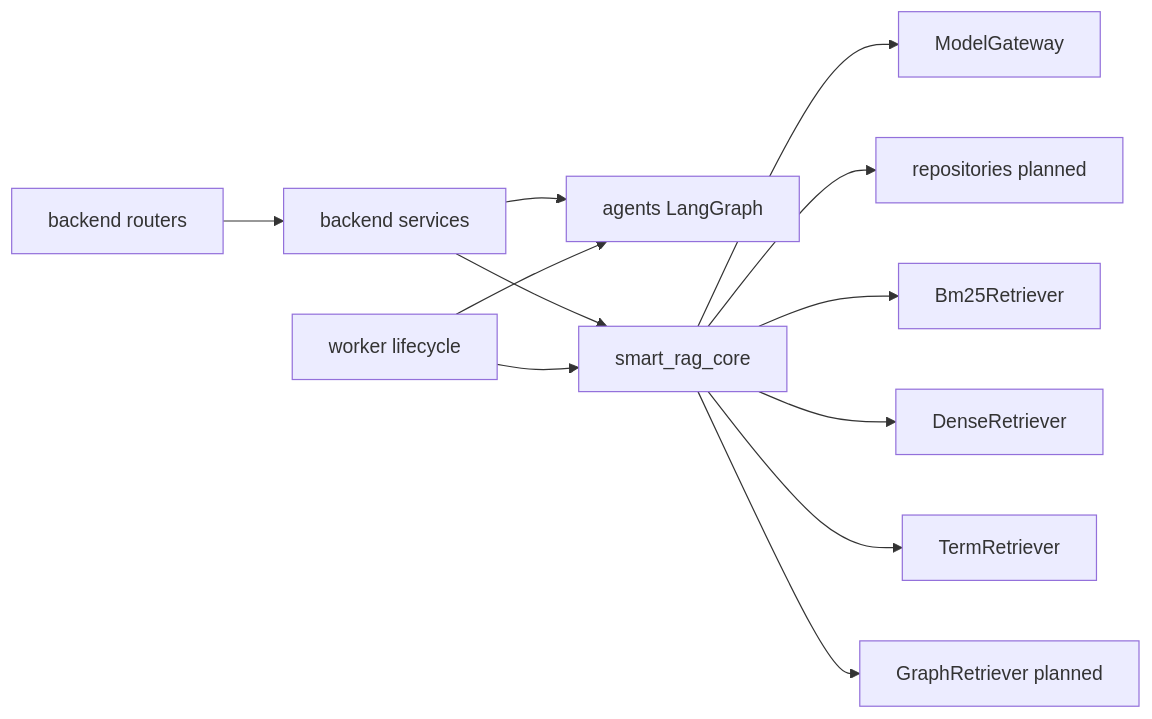
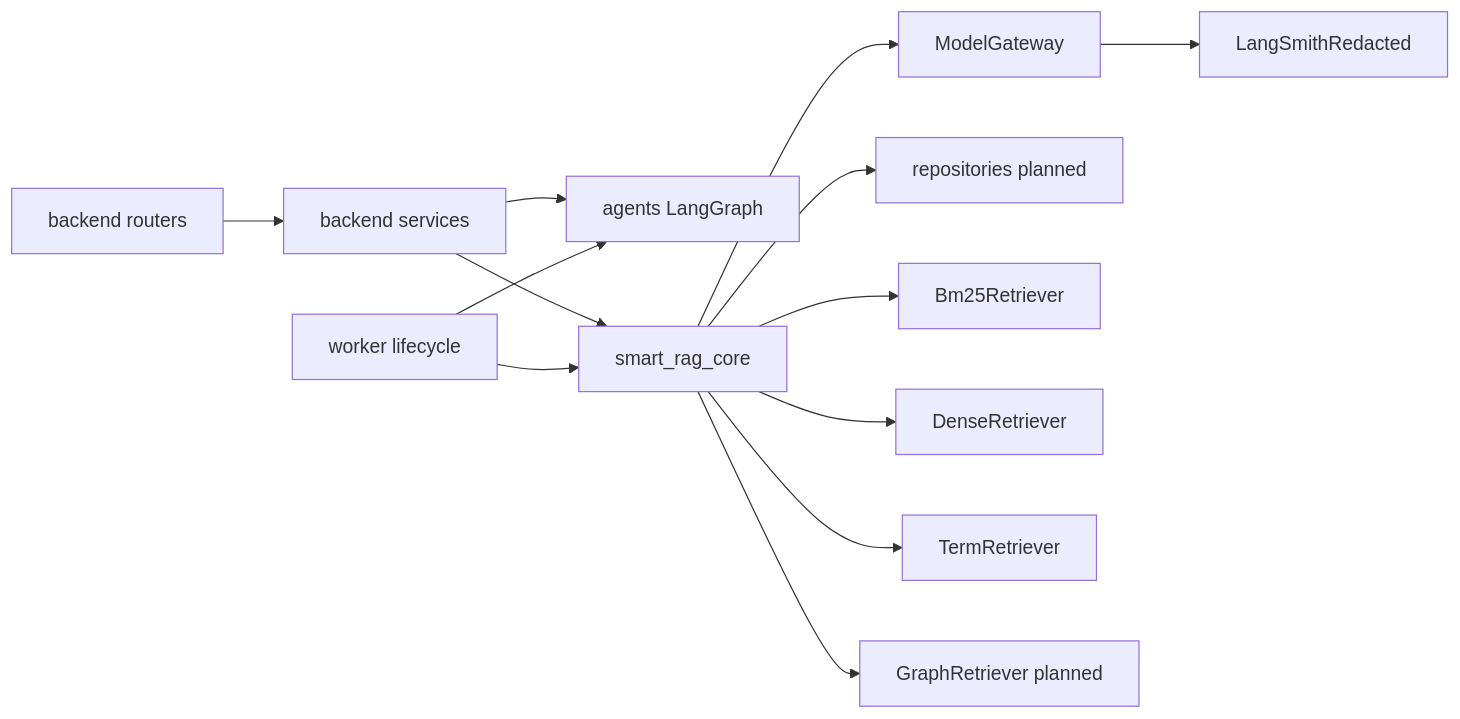
One commit to Nagdy8888/smart-rag changed the diagram in docs/architecture/03-components.md. Above: the diagram before and after it, drawn with Mermaid. The commit also changed other lines of this file and 24 other files, not shown here.

Commit message:
Trace every gateway model and embedding call in LangSmith with redacted payloads.

````diff
--- a/docs/architecture/03-components.md
+++ b/docs/architecture/03-components.md
@@ -11,14 +11,15 @@
 ```mermaid
 flowchart LR
   routers["backend routers"] --> services["backend services"]
   services --> graphs["agents LangGraph"]
   services --> core["smart_rag_core"]
   worker["worker lifecycle"] --> graphs
   worker --> core
   core --> gw["ModelGateway"]
+  gw --> langsmith["LangSmithRedacted"]
   core --> repos["repositories planned"]
   core --> bm25["Bm25Retriever"]
   core --> dense["DenseRetriever"]
   core --> terms["TermRetriever"]
   core --> graphR["GraphRetriever planned"]
 ```
````
